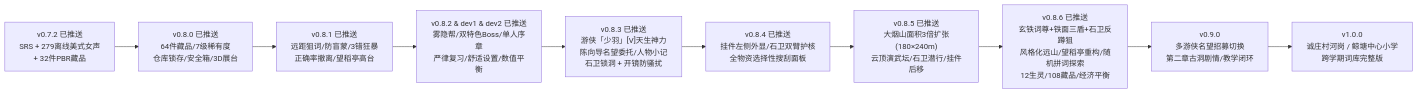
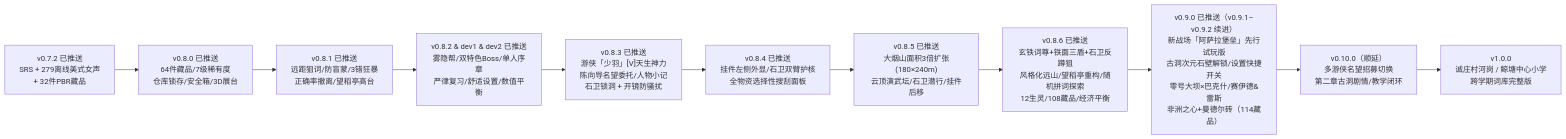
Before and after one commit to dingzhw/yanshan_force: the diagram in docs/游戏发展路线图.md, drawn with Mermaid. The commit also changed other lines of this file and 67 other files, not shown here.

````diff
--- a/docs/游戏发展路线图.md
+++ b/docs/游戏发展路线图.md
@@ -10,15 +10,16 @@
 ```mermaid
 flowchart LR
     V072["v0.7.2 已推送<br/>SRS + 279离线美式女声<br/>+ 32件PBR藏品"]
     V080["v0.8.0 已推送<br/>64件藏品/7级稀有度<br/>仓库锁存/安全箱/3D展台"]
     V081["v0.8.1 已推送<br/>远距狙词/防盲蒙/3错狂暴<br/>正确率撤离/望稻亭高台"]
     V082["v0.8.2 & dev1 & dev2 已推送<br/>雾隐帮/双特色Boss/单人序章<br/>严律复习/舒适设置/数值平衡"]
     V083["v0.8.3 已推送<br/>游侠「少羽」[V]天生神力<br/>陈向导名望委托/人物小记<br/>石卫锁洞 + 开镜防骚扰"]
     V084["v0.8.4 已推送<br/>挂件左侧外显/石卫双臂护核<br/>全物资选择性搜刮面板"]
     V085["v0.8.5 已推送<br/>大烟山面积3倍扩张(180×240m)<br/>云顶演武坛/石卫潜行/挂件后移"]
     V086["v0.8.6 已推送<br/>玄铁词尊+铁面三盾+石卫反蹲狙<br/>风格化远山/望稻亭重构/随机拼词探索<br/>12生灵/108藏品/经济平衡"]
-    V090["v0.9.0<br/>多游侠名望招募切换<br/>第二章古洞剧情/教学闭环"]
+    V090["v0.9.0 已推送（v0.9.1–v0.9.2 续进）<br/>新战场「阿萨拉堡垒」先行试玩版<br/>古洞次元石壁解锁/设置快捷开关<br/>零号大坝×巴克什/赛伊德&雷斯<br/>非洲之心+曼德尔砖（114藏品）"]
+    V010["v0.10.0（顺延）<br/>多游侠名望招募切换<br/>第二章古洞剧情/教学闭环"]
     V100["v1.0.0<br/>诚庄村河岗 / 鲸塘中心小学<br/>跨学期词库完整版"]
 
-    V072 --> V080 --> V081 --> V082 --> V083 --> V084 --> V085 --> V086 --> V090 --> V100
+    V072 --> V080 --> V081 --> V082 --> V083 --> V084 --> V085 --> V086 --> V090 --> V010 --> V100
 ```
````
